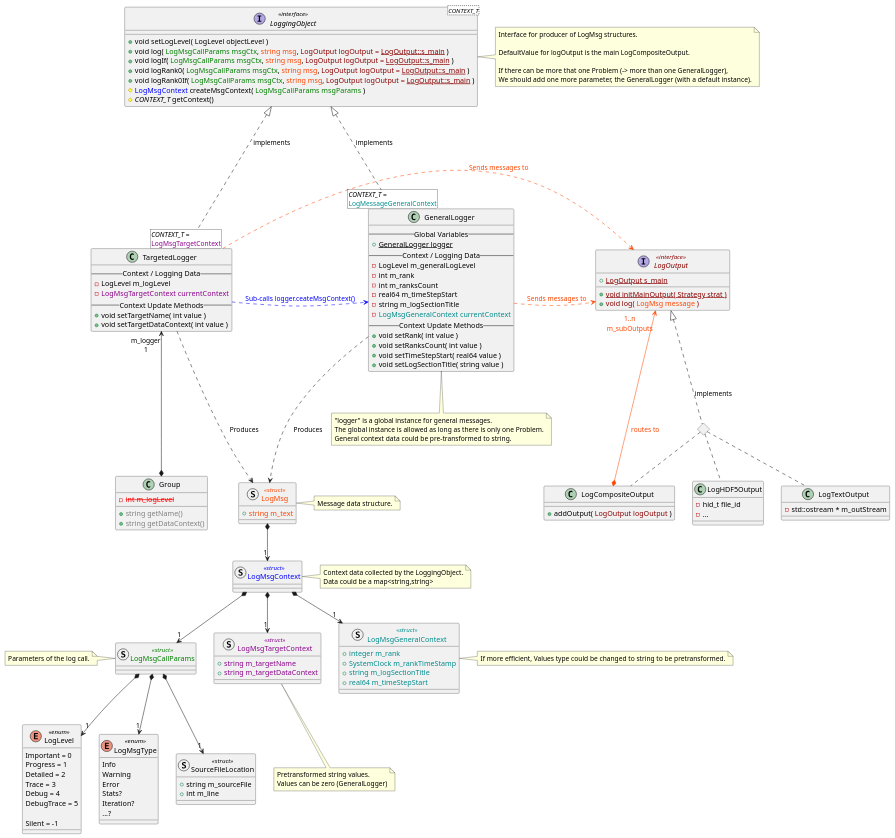
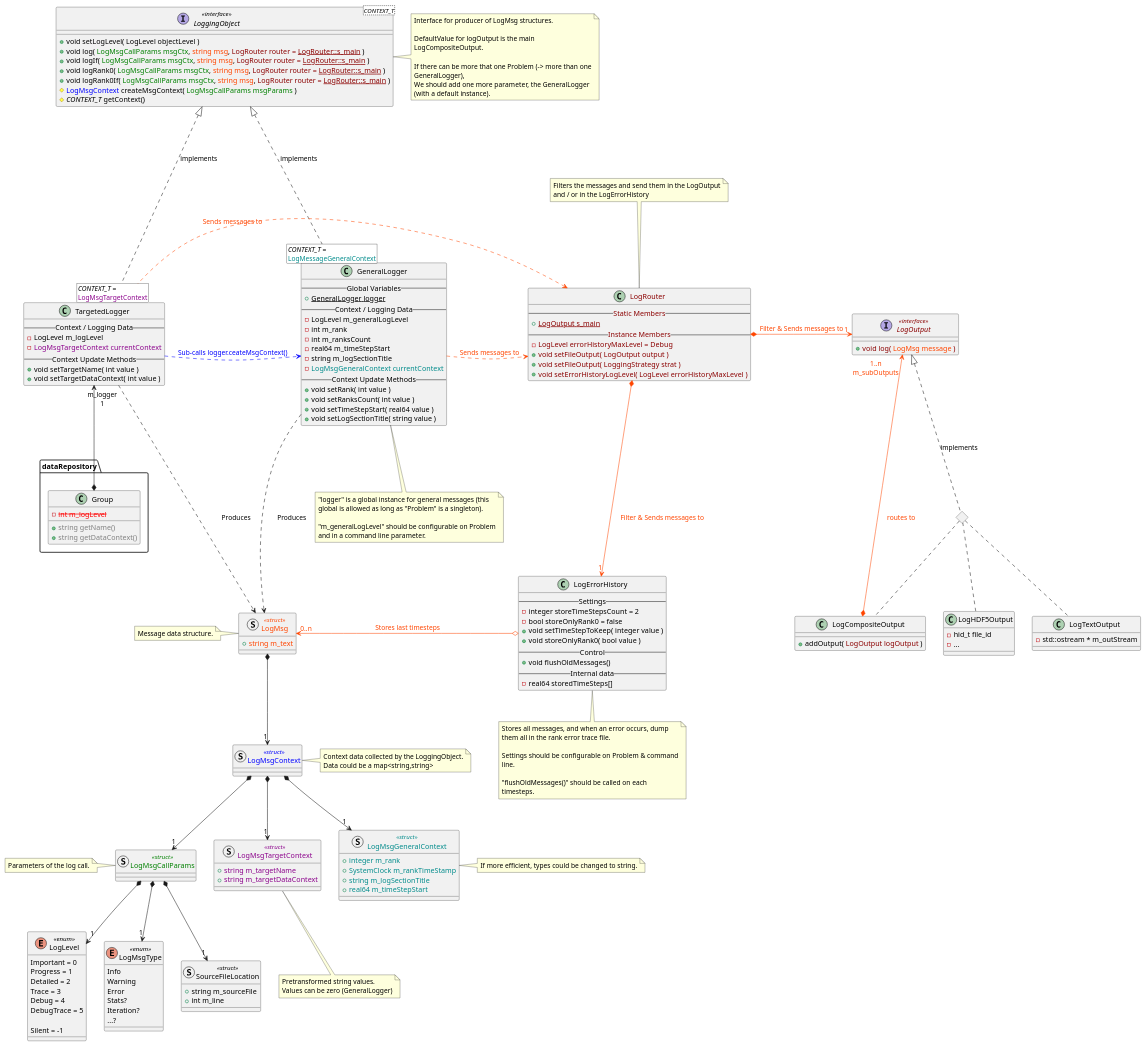
The diagram in src/coreComponents/common/Logger_templatedLoggingObject.plantuml (GEOS-DEV/GEOS), drawn with PlantUML before and after one commit.

Commit message:
architecture : adding LogErrorHistory & LogErrorRouter

```diff
--- a/src/coreComponents/common/Logger_templatedLoggingObject.plantuml
+++ b/src/coreComponents/common/Logger_templatedLoggingObject.plantuml
@@ -1,4 +1,10 @@
 @startuml Logger Class
+
+<style>
+note {
+  MaximumWidth 350
+}
+</style>
 
 set namespaceSeparator ::
 
@@ -42,7 +48,7 @@
   + string m_logSectionTitle
   + real64 m_timeStepStart
 }
-note right: If more efficient, Values type could be changed to string to be pretransformed.
+note right: If more efficient, types could be changed to string.
 
 struct LogMsgTargetContext <<struct>> #text:DarkMagenta {
   + string m_targetName
@@ -57,7 +63,7 @@
 struct LogMsg <<struct>> #text:OrangeRed {
   + string m_text
 }
-note right: Message data structure.
+note left: Message data structure.
 
 LogMsgCallParams *--> "1" SourceFileLocation
 LogMsgCallParams *--> "1" LogMsgType
@@ -80,8 +86,6 @@
 
 
 interface LogOutput <<interface>> #text:DarkRed {
-  + {static} LogOutput s_main
-  + {static} void initMainOutput( Strategy strat )
   + void log( <color:OrangeRed>LogMsg message</color> )
 }
 <> LogOutputImplementations
@@ -108,6 +112,42 @@
 LogHDF5Output .l[hidden].. LogCompositeOutput
 
 
+class LogErrorHistory {
+  -- Settings --
+  - integer storeTimeStepsCount = 2
+  - bool storeOnlyRank0 = false
+  + void setTimeStepToKeep( integer value )
+  + void storeOnlyRank0( bool value )
+  -- Control --
+  + void flushOldMessages()
+  -- Internal data --
+  - real64 storedTimeSteps[]
+}
+note as LogErrorHistoryNote
+  Stores all messages, and when an error occurs, dump them all in the rank error trace file.
+
+  Settings should be configurable on Problem & command line.
+
+  "flushOldMessages()" should be called on each timesteps.
+end note
+LogErrorHistory .. LogErrorHistoryNote
+LogErrorHistory o--l--> "0..n" LogMsg #OrangeRed;text:OrangeRed : Stores last timesteps
+
+
+class LogRouter #text:DarkRed {
+  -- Static Members --
+  + {static} LogOutput s_main
+  -- Instance Members --
+  - LogLevel errorHistoryMaxLevel = Debug
+  + void setFileOutput( LogOutput output )
+  + void setFileOutput( LoggingStrategy strat )
+  + void setErrorHistoryLogLevel( LogLevel errorHistoryMaxLevel )
+}
+note top: Filters the messages and send them in the LogOutput and / or in the LogErrorHistory
+LogRouter *-d-> "1" LogErrorHistory #OrangeRed;text:OrangeRed : "Filter & Sends messages to"
+LogRouter *-r-> "1" LogOutput #OrangeRed;text:OrangeRed : "Filter & Sends messages to"
+
+
 ' --------------------------
 ' Message Producers
 ' --------------------------
@@ -115,10 +155,10 @@
 
 interface LoggingObject<CONTEXT_T> <<interface>> {
   + void setLogLevel( LogLevel objectLevel )
-  + void log( <color:Green>LogMsgCallParams msgCtx</color>, <color:OrangeRed>string msg</color>, <color:DarkRed>LogOutput logOutput = <u>LogOutput::s_main</u></color> )
-  + void logIf( <color:Green>LogMsgCallParams msgCtx</color>, <color:OrangeRed>string msg</color>, <color:DarkRed>LogOutput logOutput = <u>LogOutput::s_main</u></color> )
-  + void logRank0( <color:Green>LogMsgCallParams msgCtx</color>, <color:OrangeRed>string msg</color>, <color:DarkRed>LogOutput logOutput = <u>LogOutput::s_main</u></color> )
-  + void logRank0If( <color:Green>LogMsgCallParams msgCtx</color>, <color:OrangeRed>string msg</color>, <color:DarkRed>LogOutput logOutput = <u>LogOutput::s_main</u></color> )
+  + void log( <color:Green>LogMsgCallParams msgCtx</color>, <color:OrangeRed>string msg</color>, <color:DarkRed>LogRouter router = <u>LogRouter::s_main</u></color> )
+  + void logIf( <color:Green>LogMsgCallParams msgCtx</color>, <color:OrangeRed>string msg</color>, <color:DarkRed>LogRouter router = <u>LogRouter::s_main</u></color> )
+  + void logRank0( <color:Green>LogMsgCallParams msgCtx</color>, <color:OrangeRed>string msg</color>, <color:DarkRed>LogRouter router = <u>LogRouter::s_main</u></color> )
+  + void logRank0If( <color:Green>LogMsgCallParams msgCtx</color>, <color:OrangeRed>string msg</color>, <color:DarkRed>LogRouter router = <u>LogRouter::s_main</u></color> )
   # <color:Blue>LogMsgContext</color> createMsgContext( <color:Green>LogMsgCallParams msgParams</color> )
   # <i>CONTEXT_T</i> getContext()
 }
@@ -142,10 +182,15 @@
   + void setTimeStepStart( real64 value )
   + void setLogSectionTitle( string value )
 }
-note bottom: "logger" is a global instance for general messages.\nThe global instance is allowed as long as there is only one Problem.\nGeneral context data could be pre-transformed to string.
-GeneralLogger [<i>CONTEXT_T</i> =\n<color:DarkCyan>LogMessageGeneralContext</color>] ..u.|> LoggingObject : implements
-GeneralLogger ..d.> LogMsg : Produces
-GeneralLogger ..r.> LogOutput #OrangeRed;text:OrangeRed : "Sends messages to"
+note as GeneralLoggerNote
+  "logger" is a global instance for general messages (this global is allowed as long as "Problem" is a singleton).
+
+  "m_generalLogLevel" should be configurable on Problem and in a command line parameter.
+end note
+GeneralLogger .d. GeneralLoggerNote
+GeneralLogger [<i>CONTEXT_T</i> =\n<color:DarkCyan>LogMessageGeneralContext</color>] ..u..|> LoggingObject : implements
+GeneralLogger .d..> LogMsg : Produces
+GeneralLogger ..r..> LogRouter #OrangeRed;text:OrangeRed : "Sends messages to"
 
 
 class TargetedLogger {
@@ -156,20 +201,19 @@
   + void setTargetName( int value )
   + void setTargetDataContext( int value )
 }
-class Group {
-  + <color:Grey>string getName()</color>
-  + <color:Grey>string getDataContext()</color>
-  - <color:Red><s>int m_logLevel</s></color>
+package dataRepository {
+  class Group {
+    + <color:Grey>string getName()</color>
+    + <color:Grey>string getDataContext()</color>
+    - <color:Red><s>int m_logLevel</s></color>
+  }
 }
-TargetedLogger [<i>CONTEXT_T</i> =\n<color:DarkMagenta>LogMsgTargetContext</color>] .u..|> LoggingObject : implements
-Group *-u--> "m_logger\n1" TargetedLogger
+TargetedLogger [<i>CONTEXT_T</i> =\n<color:DarkMagenta>LogMsgTargetContext</color>] ..u..|> LoggingObject : implements
+Group *-u-> "m_logger\n1" TargetedLogger
 
-TargetedLogger ..r.> LogOutput #OrangeRed;text:OrangeRed : "Sends messages to"
-TargetedLogger ..r.> GeneralLogger #Blue;text:Blue : "Sub-calls logger.ceateMsgContext()"
-TargetedLogger ..d.> LogMsg : Produces
-
-
-
+TargetedLogger ..r..> LogRouter #OrangeRed;text:OrangeRed : "Sends messages to"
+TargetedLogger ..r..> GeneralLogger #Blue;text:Blue : "Sub-calls logger.ceateMsgContext()"
+TargetedLogger .d..> LogMsg : Produces
 
 
 @enduml
```
